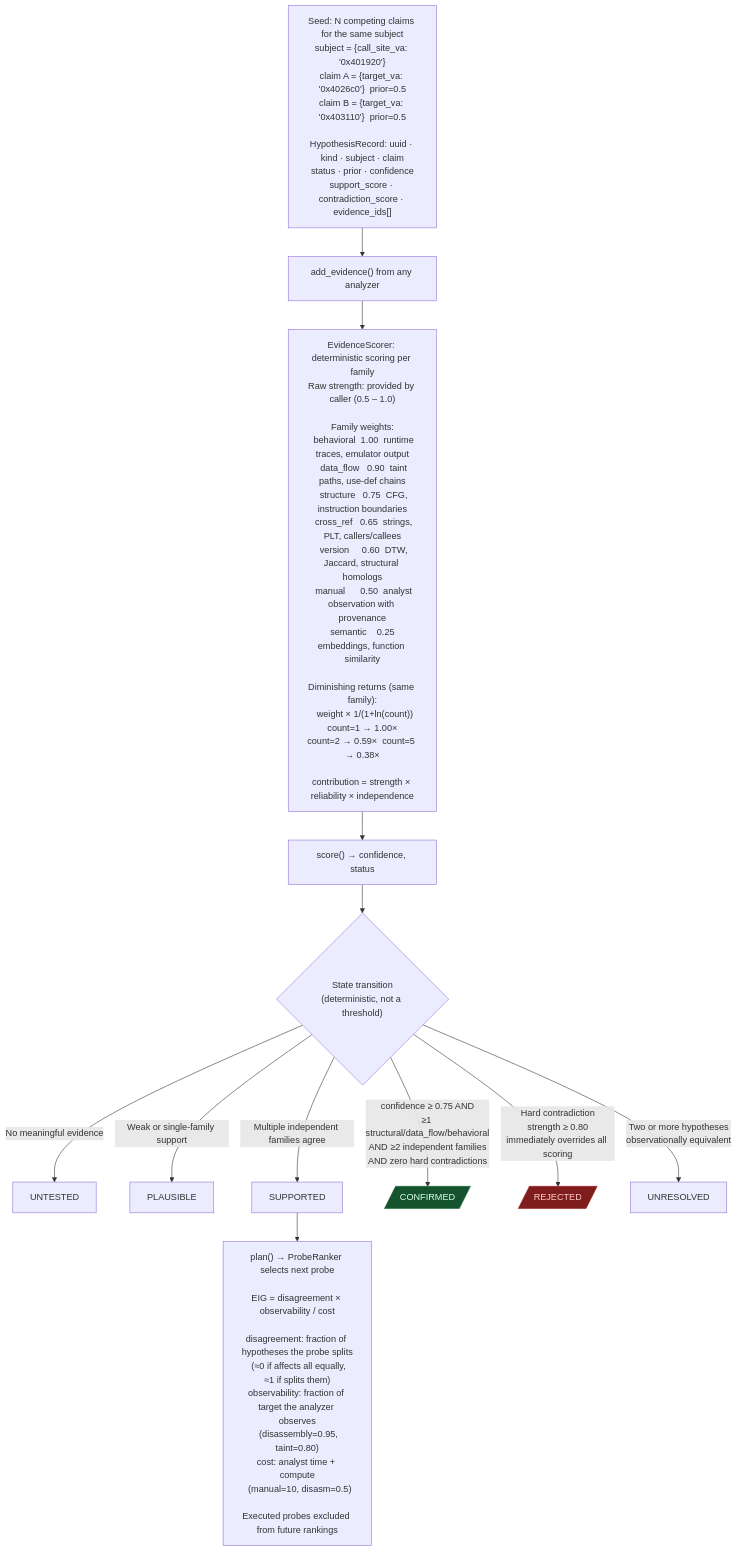
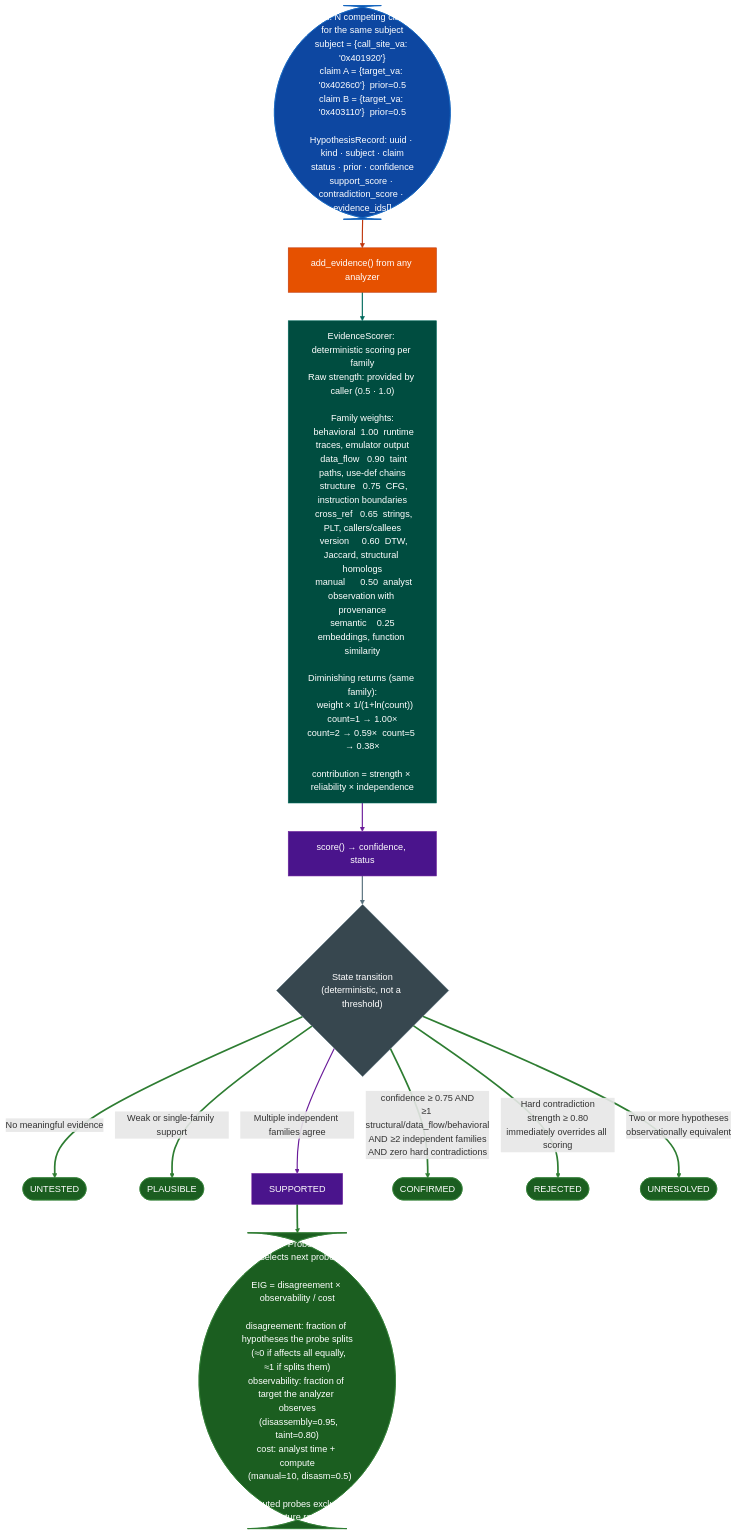
Before and after one commit to Ablation-Tool/ablation: the diagram in docs/reference-modules/hypothesis-engine.md, drawn with Mermaid. The commit also changed 320 other files, not shown here.

First line of the commit message:
docs: apply canonical Mermaid template to all 321 diagrams

````diff
--- a/docs/reference-modules/hypothesis-engine.md
+++ b/docs/reference-modules/hypothesis-engine.md
@@ -24,22 +24,36 @@
 ```mermaid
 flowchart TD
-    A["Seed: N competing claims for the same subject\nsubject = {call_site_va: '0x401920'}\nclaim A = {target_va: '0x4026c0'}  prior=0.5\nclaim B = {target_va: '0x403110'}  prior=0.5\n\nHypothesisRecord: uuid · kind · subject · claim\nstatus · prior · confidence\nsupport_score · contradiction_score · evidence_ids[]"] --> B["add_evidence() from any analyzer"]
+    A(["Seed: N competing claims for the same subject\nsubject = {call_site_va: '0x401920'}\nclaim A = {target_va: '0x4026c0'}  prior=0.5\nclaim B = {target_va: '0x403110'}  prior=0.5\n\nHypothesisRecord: uuid · kind · subject · claim\nstatus · prior · confidence\nsupport_score · contradiction_score · evidence_ids[]"]):::input --> B["add_evidence() from any analyzer"]:::primary
 
-    B --> C["EvidenceScorer: deterministic scoring per family\nRaw strength: provided by caller (0.5 – 1.0)\n\nFamily weights:\n  behavioral  1.00  runtime traces, emulator output\n  data_flow   0.90  taint paths, use-def chains\n  structure   0.75  CFG, instruction boundaries\n  cross_ref   0.65  strings, PLT, callers/callees\n  version     0.60  DTW, Jaccard, structural homologs\n  manual      0.50  analyst observation with provenance\n  semantic    0.25  embeddings, function similarity\n\nDiminishing returns (same family):\n  weight × 1/(1+ln(count))\n  count=1 → 1.00×  count=2 → 0.59×  count=5 → 0.38×\n\ncontribution = strength × reliability × independence"]
+    B:::primary --> C["EvidenceScorer: deterministic scoring per family\nRaw strength: provided by caller (0.5 · 1.0)\n\nFamily weights:\n  behavioral  1.00  runtime traces, emulator output\n  data_flow   0.90  taint paths, use-def chains\n  structure   0.75  CFG, instruction boundaries\n  cross_ref   0.65  strings, PLT, callers/callees\n  version     0.60  DTW, Jaccard, structural homologs\n  manual      0.50  analyst observation with provenance\n  semantic    0.25  embeddings, function similarity\n\nDiminishing returns (same family):\n  weight × 1/(1+ln(count))\n  count=1 → 1.00×  count=2 → 0.59×  count=5 → 0.38×\n\ncontribution = strength × reliability × independence"]:::secondary
 
-    C --> D["score() → confidence, status"]
+    C:::secondary --> D["score() → confidence, status"]:::tertiary
 
-    D --> E{"State transition\n(deterministic, not a threshold)"}
+    D:::tertiary --> E{"State transition\n(deterministic, not a threshold)"}:::neutral
 
-    E -->|"No meaningful evidence"| F["UNTESTED"]
-    E -->|"Weak or single-family support"| G["PLAUSIBLE"]
-    E -->|"Multiple independent families agree"| H["SUPPORTED"]
-    E -->|"confidence ≥ 0.75 AND\n≥1 structural/data_flow/behavioral\nAND ≥2 independent families\nAND zero hard contradictions"| I[/"CONFIRMED"/]
-    E -->|"Hard contradiction\nstrength ≥ 0.80\nimmediately overrides all scoring"| J[/"REJECTED"/]
-    E -->|"Two or more hypotheses\nobservationally equivalent"| K["UNRESOLVED"]
+    E:::neutral -->|"No meaningful evidence"| F(["UNTESTED"]):::output
+    E:::neutral -->|"Weak or single-family support"| G(["PLAUSIBLE"]):::output
+    E:::neutral -->|"Multiple independent families agree"| H["SUPPORTED"]:::tertiary
+    E:::neutral -->|"confidence ≥ 0.75 AND\n≥1 structural/data_flow/behavioral\nAND ≥2 independent families\nAND zero hard contradictions"| I(["CONFIRMED"]):::output
+    E:::neutral -->|"Hard contradiction\nstrength ≥ 0.80\nimmediately overrides all scoring"| J(["REJECTED"]):::output
+    E:::neutral -->|"Two or more hypotheses\nobservationally equivalent"| K(["UNRESOLVED"]):::output
 
-    H --> L["plan() → ProbeRanker selects next probe\n\nEIG = disagreement × observability / cost\n\ndisagreement: fraction of hypotheses the probe splits\n  (≈0 if affects all equally, ≈1 if splits them)\nobservability: fraction of target the analyzer observes\n  (disassembly=0.95, taint=0.80)\ncost: analyst time + compute\n  (manual=10, disasm=0.5)\n\nExecuted probes excluded from future rankings"]
-
-    style I fill:#14532d,stroke:#166534,color:#dcfce7
-    style J fill:#7f1d1d,stroke:#991b1b,color:#fecaca
+    H:::tertiary --> L(["plan() → ProbeRanker selects next probe\n\nEIG = disagreement × observability / cost\n\ndisagreement: fraction of hypotheses the probe splits\n  (≈0 if affects all equally, ≈1 if splits them)\nobservability: fraction of target the analyzer observes\n  (disassembly=0.95, taint=0.80)\ncost: analyst time + compute\n  (manual=10, disasm=0.5)\n\nExecuted probes excluded from future rankings"]):::output
+    classDef input     fill:#0d47a1,stroke:#1565c0,color:#fff
+    classDef primary   fill:#e65100,stroke:#bf360c,color:#fff
+    classDef secondary fill:#004d40,stroke:#00695c,color:#fff
+    classDef tertiary  fill:#4a148c,stroke:#6a1b9a,color:#fff
+    classDef neutral   fill:#37474f,stroke:#546e7a,color:#fff
+    classDef output    fill:#1b5e20,stroke:#2e7d32,color:#fff
+    linkStyle 0 stroke:#bf360c,stroke-width:2px
+    linkStyle 1 stroke:#00695c,stroke-width:2px
+    linkStyle 2 stroke:#6a1b9a,stroke-width:2px
+    linkStyle 3 stroke:#546e7a,stroke-width:2px
+    linkStyle 4 stroke:#2e7d32,stroke-width:3px
+    linkStyle 5 stroke:#2e7d32,stroke-width:3px
+    linkStyle 6 stroke:#6a1b9a,stroke-width:2px
+    linkStyle 7 stroke:#2e7d32,stroke-width:3px
+    linkStyle 8 stroke:#2e7d32,stroke-width:3px
+    linkStyle 9 stroke:#2e7d32,stroke-width:3px
+    linkStyle 10 stroke:#2e7d32,stroke-width:3px
 ```
````
